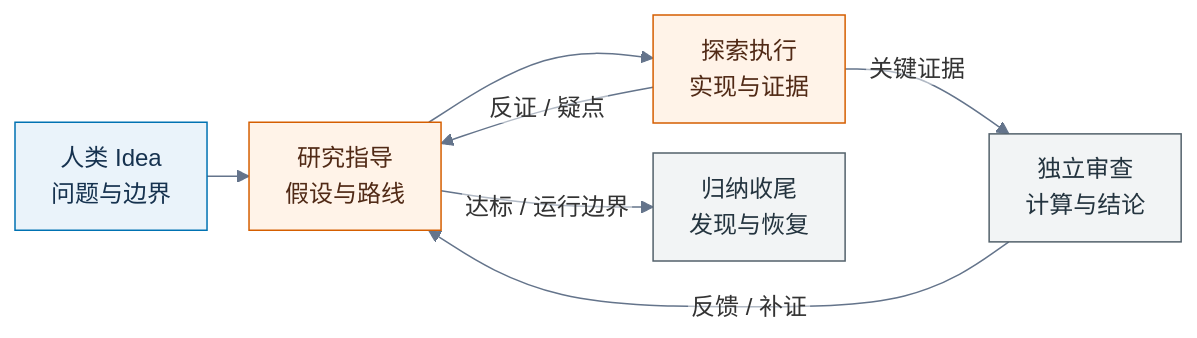
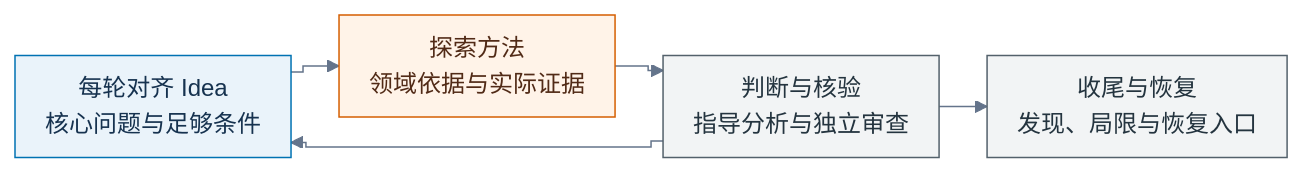
One commit to Haichuan-Zhao/Auto-Loop changed the diagram in README.md. Above: the diagram before and after it, drawn with Mermaid. The commit also changed other lines of this file and 7 other files, not shown here.

Commit message:
更新 auto-loop 至 0.1.11，精简分发文件与循环示意图

````diff
--- a/README.md
+++ b/README.md
@@ -23,17 +23,15 @@
 ```mermaid
-%%{init: {"theme":"base","flowchart":{"htmlLabels":false,"nodeSpacing":20,"rankSpacing":28,"padding":12,"diagramPadding":8,"curve":"basis"},"themeVariables":{"fontFamily":"Arial, Microsoft YaHei, PingFang SC, sans-serif","fontSize":"16px","lineColor":"#64748B","edgeLabelBackground":"#FFFFFF"}}}%%
+%%{init: {"theme":"base","flowchart":{"htmlLabels":false,"nodeSpacing":20,"rankSpacing":32,"padding":10,"diagramPadding":8,"curve":"step"},"themeVariables":{"fontFamily":"Arial, Microsoft YaHei, PingFang SC, sans-serif","fontSize":"16px","lineColor":"#64748B"}}}%%
 flowchart LR
-    I["人类 Idea<br/>问题与边界"] --> G["研究指导<br/>假设与路线"]
-    G --> E["探索执行<br/>实现与证据"]
-    E -->|关键证据| R["独立审查<br/>计算与结论"]
-    E -->|反证 / 疑点| G
-    R -->|反馈 / 补证| G
-    G -->|达标 / 运行边界| O["归纳收尾<br/>发现与恢复"]
+    I["每轮对齐 Idea<br/>核心问题与足够条件"] --> E["探索方法<br/>领域依据与实际证据"]
+    E --> J["判断与核验<br/>指导分析与独立审查"]
+    J --> O["收尾与恢复<br/>发现、局限与恢复入口"]
+    J --> I
 
     classDef human fill:#EAF3FA,stroke:#0072B2,color:#16324F
     classDef explore fill:#FFF3E8,stroke:#D55E00,color:#512A16
     classDef review fill:#F2F4F5,stroke:#53616B,color:#24343F
     class I human
-    class G,E explore
-    class R,O review
+    class E explore
+    class J,O review
 ```
````
